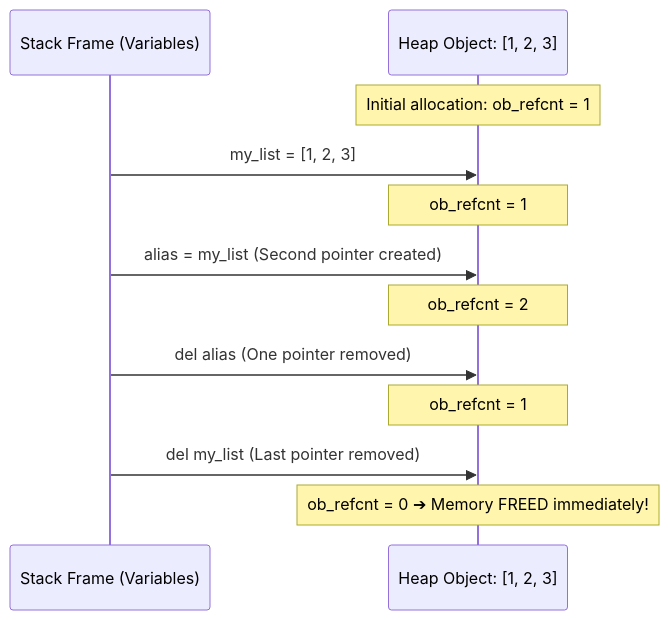
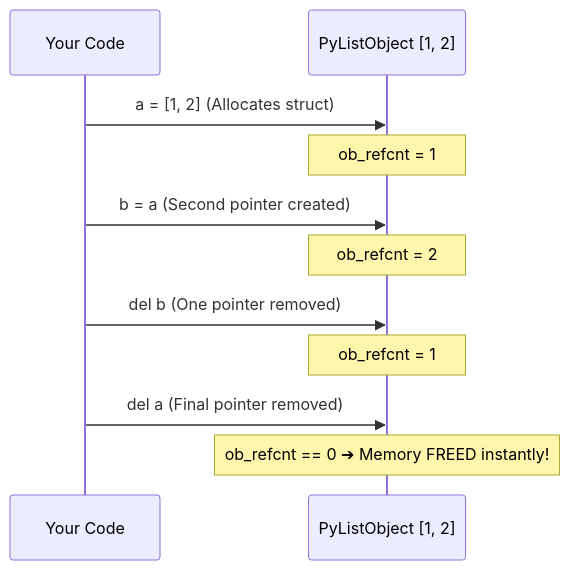
One commit to AchuAshwath/Cthru-Python changed the second of 3 diagrams in src/content/docs/foundations/the-pyobject.mdx. Above: the diagram before and after it, drawn with Mermaid. The commit also changed other lines of this file and 3 other files, not shown here.

````diff
--- a/src/content/docs/foundations/the-pyobject.mdx
+++ b/src/content/docs/foundations/the-pyobject.mdx
@@ -95,18 +91,14 @@
 ```mermaid
 sequenceDiagram
-    participant S as Stack Frame (Variables)
-    participant H as Heap Object: [1, 2, 3]
+    participant Code as Your Code
+    participant Heap as PyListObject [1, 2]
 
-    Note over H: Initial allocation: ob_refcnt = 1
-    S->>H: my_list = [1, 2, 3]
-    Note over H: ob_refcnt = 1
-
-    S->>H: alias = my_list (Second pointer created)
-    Note over H: ob_refcnt = 2
-
-    S->>H: del alias (One pointer removed)
-    Note over H: ob_refcnt = 1
-
-    S->>H: del my_list (Last pointer removed)
-    Note over H: ob_refcnt = 0 ➔ Memory FREED immediately!
+    Code->>Heap: a = [1, 2] (Allocates struct)
+    Note over Heap: ob_refcnt = 1
+    Code->>Heap: b = a (Second pointer created)
+    Note over Heap: ob_refcnt = 2
+    Code->>Heap: del b (One pointer removed)
+    Note over Heap: ob_refcnt = 1
+    Code->>Heap: del a (Final pointer removed)
+    Note over Heap: ob_refcnt == 0 ➔ Memory FREED instantly!
 ```
````
